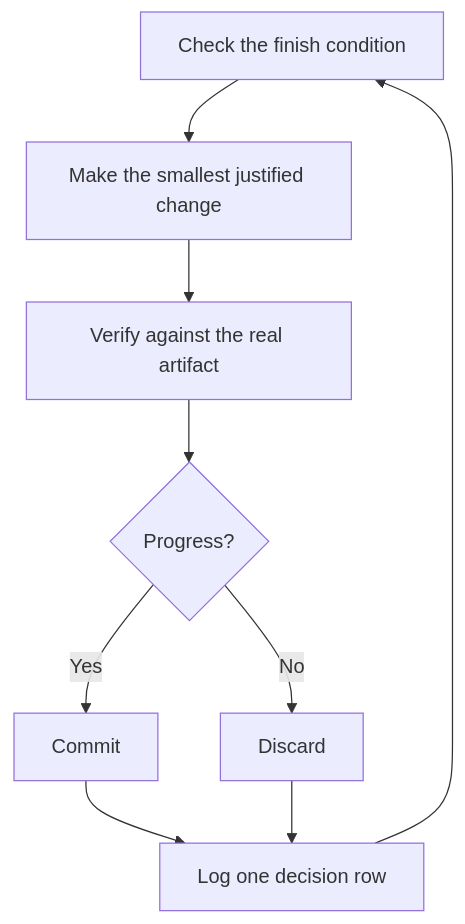
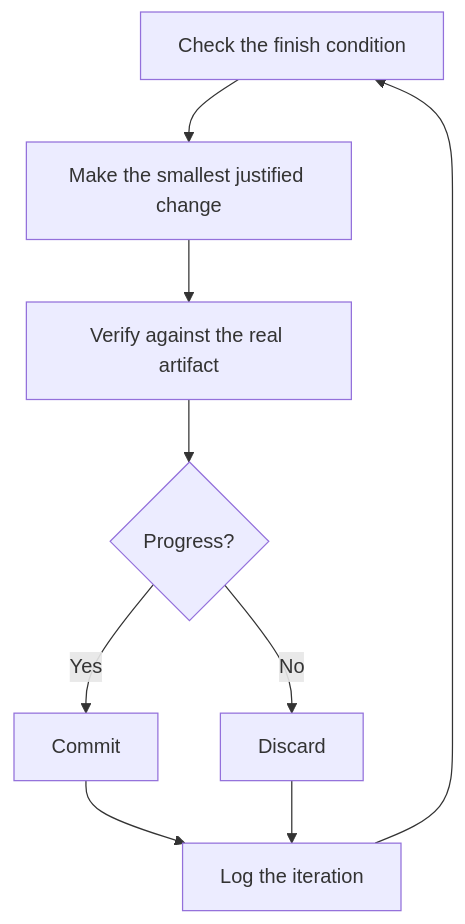
One commit to mdsmithaustin/pstack changed the diagram in docs/guide/07-overnight.md. Above: the diagram before and after it, drawn with Mermaid. The commit also changed other lines of this file and 12 other files, not shown here.

````diff
--- a/docs/guide/07-overnight.md
+++ b/docs/guide/07-overnight.md
@@ -44,11 +44,11 @@
 ```mermaid
 flowchart TD
     A[Check the finish condition] --> B[Make the smallest justified change]
     B --> C[Verify against the real artifact]
     C --> D{Progress?}
     D -->|Yes| E[Commit]
     D -->|No| F[Discard]
-    E --> G[Log one decision row]
+    E --> G[Log the iteration]
     F --> G
     G --> A
 ```
````
